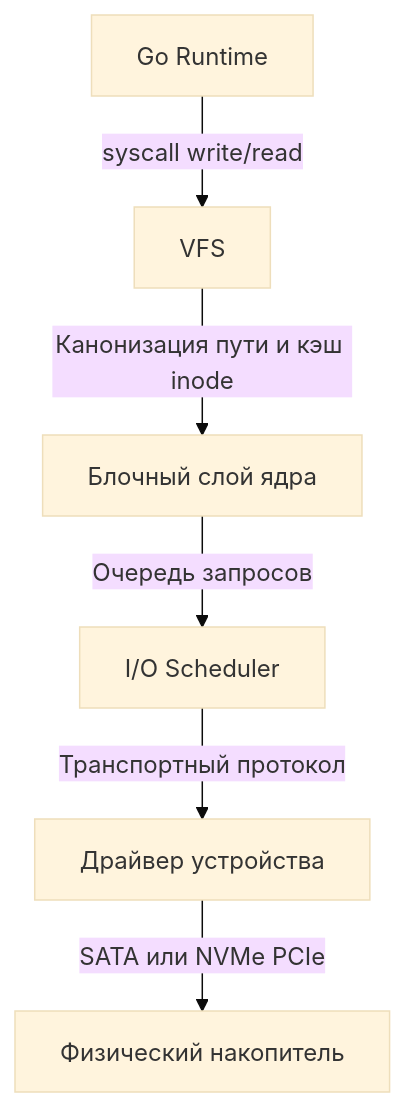
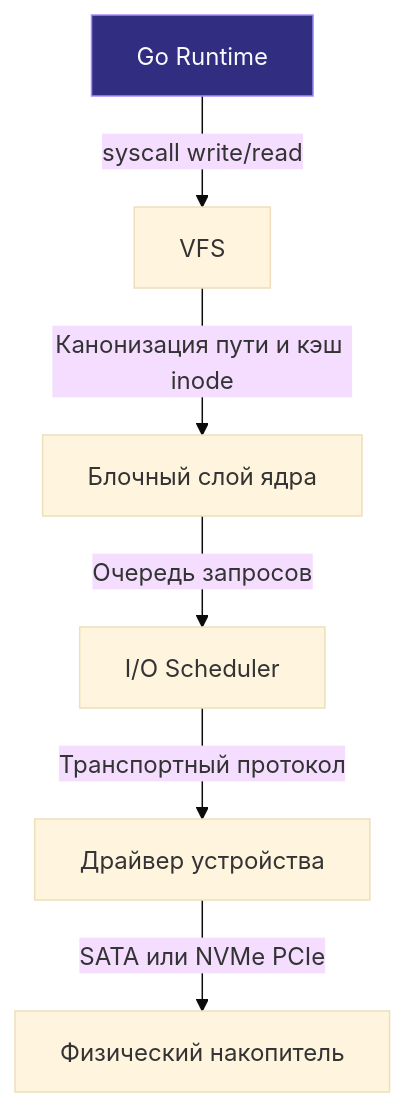
The fifth of 6 diagrams in sources/2. Устройство и работа ОС/44. Диски и устройства хранения.md (UnrealTemplier/go-textbook), drawn with Mermaid (base theme) before and after one commit. The commit also changed other lines of this file and 1666 other files, not shown here.

First line of the commit message:
feat(mermaid): add semantic color classDef to 1369 colorless flowchart/graph diagrams

````diff
--- a/sources/2. Устройство и работа ОС/44. Диски и устройства хранения.md
+++ b/sources/2. Устройство и работа ОС/44. Диски и устройства хранения.md
@@ -162,8 +202,18 @@
 ```mermaid
 flowchart TD
-    A["Go Runtime"] -->|"syscall write/read"| B["VFS"]
+    classDef process  fill:#1e293b,stroke:#38bdf8,stroke-width:1px,color:#f8fafc
+    classDef success  fill:#064e3b,stroke:#34d399,stroke-width:1px,color:#f8fafc
+    classDef error    fill:#7f1d1d,stroke:#f87171,stroke-width:1px,color:#f8fafc
+    classDef warning  fill:#78350f,stroke:#fbbf24,stroke-width:1px,color:#f8fafc
+    classDef entry    fill:#1e3a5f,stroke:#38bdf8,stroke-width:2px,color:#f8fafc
+    classDef aux      fill:#334155,stroke:#64748b,stroke-width:1px,color:#f8fafc
+    classDef system   fill:#312e81,stroke:#a78bfa,stroke-width:1px,color:#f8fafc
+    classDef data     fill:#132d29,stroke:#2dd4bf,stroke-width:1px,color:#f8fafc
+    classDef network  fill:#881337,stroke:#fb7185,stroke-width:1px,color:#f8fafc
+    classDef accent   fill:#1e1b4b,stroke:#818cf8,stroke-width:1px,color:#f8fafc
+    A["Go Runtime"]:::system -->|"syscall write/read"| B["VFS"]
     B -->|"Канонизация пути и кэш inode"| C["Блочный слой ядра"]
     C -->|"Очередь запросов"| D["I/O Scheduler"]
     D -->|"Транспортный протокол"| E["Драйвер устройства"]
     E -->|"SATA или NVMe PCIe"| F["Физический накопитель"]
 ```
````
